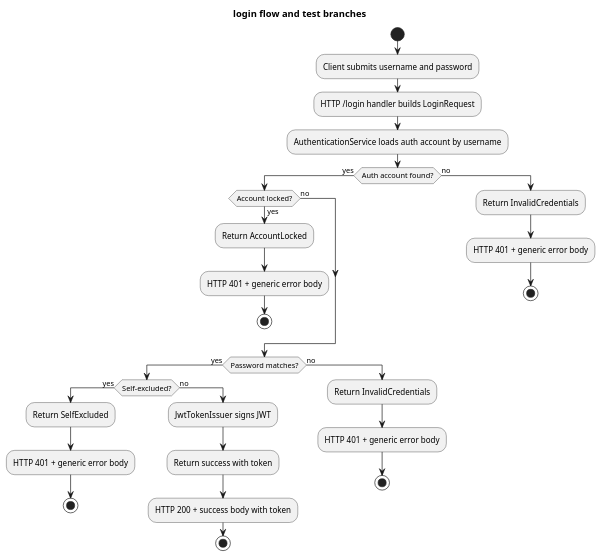
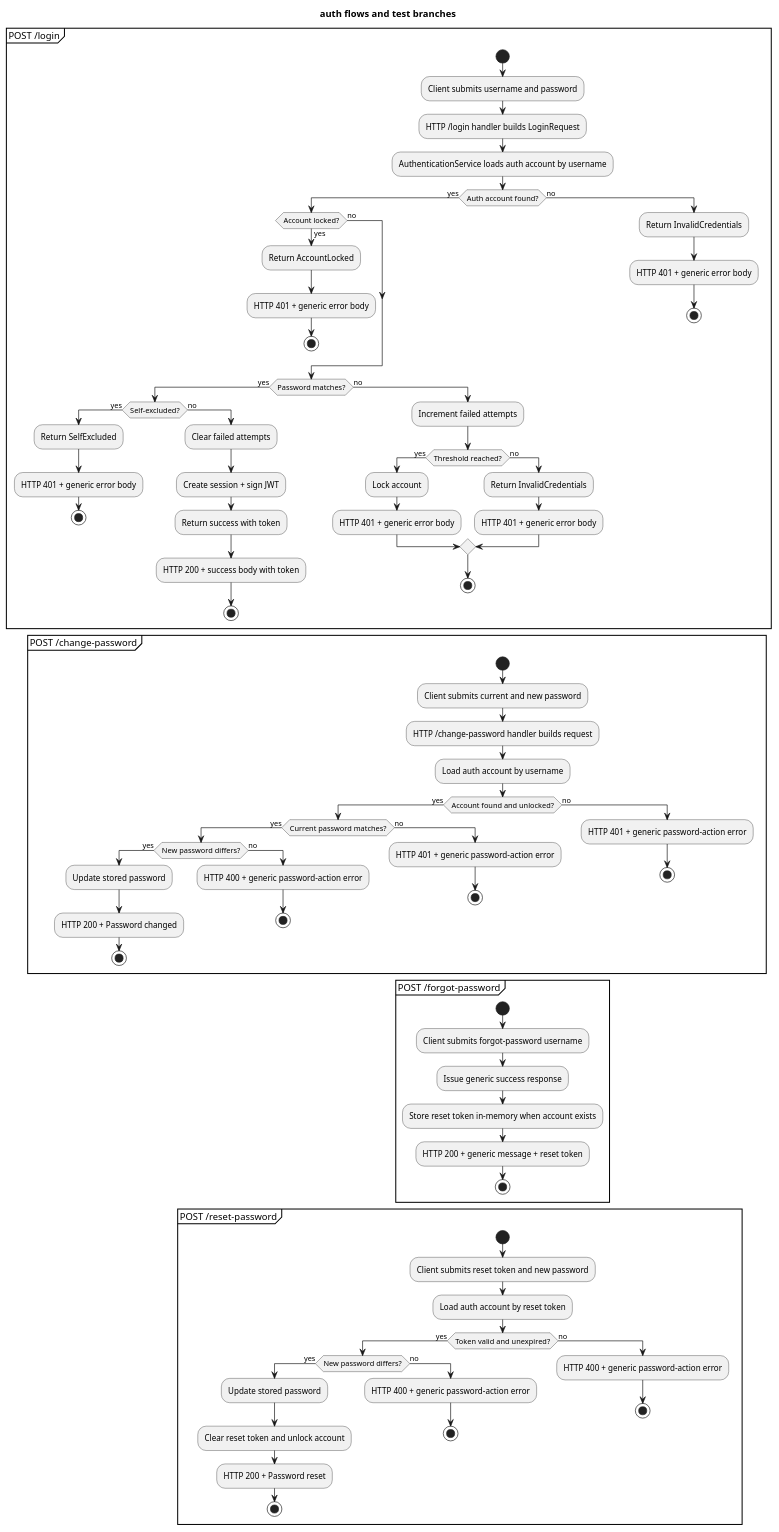
One commit to smileysmiles/login-base changed the diagram in docs/login-flow-tests.puml. Above: the diagram before and after it, drawn with PlantUML. The commit also changed 33 other files, not shown here.

```diff
--- a/docs/login-flow-tests.puml
+++ b/docs/login-flow-tests.puml
@@ -1,39 +1,104 @@
 @startuml
-title login flow and test branches
+title auth flows and test branches
 
-start
-:Client submits username and password;
-:HTTP /login handler builds LoginRequest;
-:AuthenticationService loads auth account by username;
+partition "POST /login" {
+  start
+  :Client submits username and password;
+  :HTTP /login handler builds LoginRequest;
+  :AuthenticationService loads auth account by username;
 
-if (Auth account found?) then (yes)
-  if (Account locked?) then (yes)
-    :Return AccountLocked;
-    :HTTP 401 + generic error body;
-    stop
-  else (no)
-  endif
-
-  if (Password matches?) then (yes)
-    if (Self-excluded?) then (yes)
-      :Return SelfExcluded;
+  if (Auth account found?) then (yes)
+    if (Account locked?) then (yes)
+      :Return AccountLocked;
       :HTTP 401 + generic error body;
       stop
     else (no)
-      :JwtTokenIssuer signs JWT;
-      :Return success with token;
-      :HTTP 200 + success body with token;
+    endif
+
+    if (Password matches?) then (yes)
+      if (Self-excluded?) then (yes)
+        :Return SelfExcluded;
+        :HTTP 401 + generic error body;
+        stop
+      else (no)
+        :Clear failed attempts;
+        :Create session + sign JWT;
+        :Return success with token;
+        :HTTP 200 + success body with token;
+        stop
+      endif
+    else (no)
+      :Increment failed attempts;
+      if (Threshold reached?) then (yes)
+        :Lock account;
+        :HTTP 401 + generic error body;
+      else (no)
+        :Return InvalidCredentials;
+        :HTTP 401 + generic error body;
+      endif
       stop
     endif
   else (no)
     :Return InvalidCredentials;
     :HTTP 401 + generic error body;
     stop
   endif
-else (no)
-  :Return InvalidCredentials;
-  :HTTP 401 + generic error body;
+}
+
+partition "POST /change-password" {
+  start
+  :Client submits current and new password;
+  :HTTP /change-password handler builds request;
+  :Load auth account by username;
+
+  if (Account found and unlocked?) then (yes)
+    if (Current password matches?) then (yes)
+      if (New password differs?) then (yes)
+        :Update stored password;
+        :HTTP 200 + Password changed;
+        stop
+      else (no)
+        :HTTP 400 + generic password-action error;
+        stop
+      endif
+    else (no)
+      :HTTP 401 + generic password-action error;
+      stop
+    endif
+  else (no)
+    :HTTP 401 + generic password-action error;
+    stop
+  endif
+}
+
+partition "POST /forgot-password" {
+  start
+  :Client submits forgot-password username;
+  :Issue generic success response;
+  :Store reset token in-memory when account exists;
+  :HTTP 200 + generic message + reset token;
   stop
-endif
+}
+
+partition "POST /reset-password" {
+  start
+  :Client submits reset token and new password;
+  :Load auth account by reset token;
+
+  if (Token valid and unexpired?) then (yes)
+    if (New password differs?) then (yes)
+      :Update stored password;
+      :Clear reset token and unlock account;
+      :HTTP 200 + Password reset;
+      stop
+    else (no)
+      :HTTP 400 + generic password-action error;
+      stop
+    endif
+  else (no)
+    :HTTP 400 + generic password-action error;
+    stop
+  endif
+}
 
 @enduml
```
